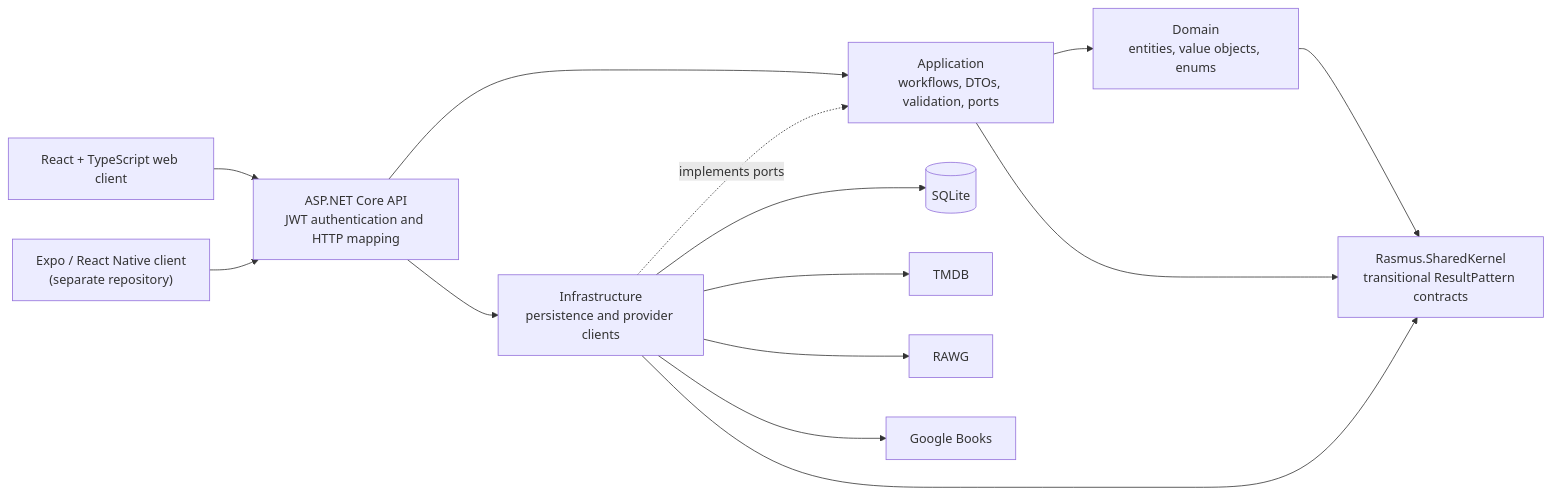
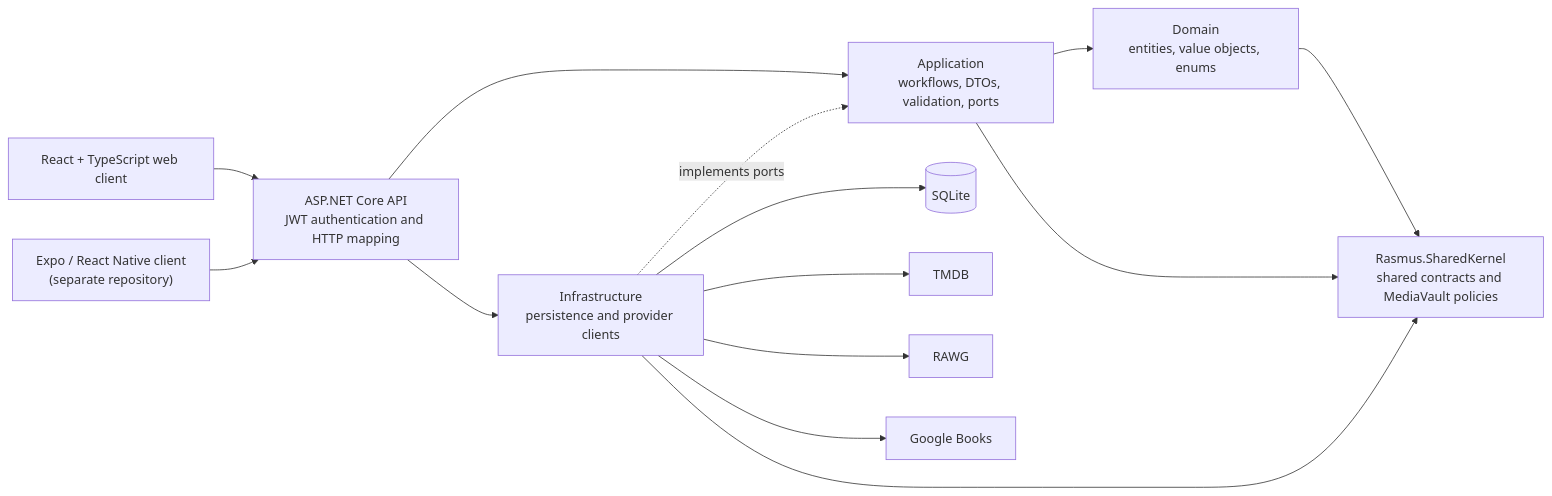
Before and after one commit to Megaraz/MediaVault.Api: the diagram in README.md, drawn with Mermaid. The commit also changed other lines of this file and 10 other files, not shown here.

Commit message:
docs: finalize ResultPattern migration verification

````diff
--- a/README.md
+++ b/README.md
@@ -78,16 +78,16 @@
 ```mermaid
 flowchart LR
     Web["React + TypeScript web client"] --> API["ASP.NET Core API<br/>JWT authentication and HTTP mapping"]
     Android["Expo / React Native client<br/>(separate repository)"] --> API
     API --> Application["Application<br/>workflows, DTOs, validation, ports"]
     Application --> Domain["Domain<br/>entities, value objects, enums"]
     API --> Infrastructure["Infrastructure<br/>persistence and provider clients"]
     Infrastructure -. "implements ports" .-> Application
     Infrastructure --> SQLite[("SQLite")]
     Infrastructure --> TMDB["TMDB"]
     Infrastructure --> RAWG["RAWG"]
     Infrastructure --> Books["Google Books"]
-    Domain --> SharedKernel["Rasmus.SharedKernel<br/>transitional ResultPattern contracts"]
+    Domain --> SharedKernel["Rasmus.SharedKernel<br/>shared contracts and MediaVault policies"]
     Application --> SharedKernel
     Infrastructure --> SharedKernel
 ```
````
